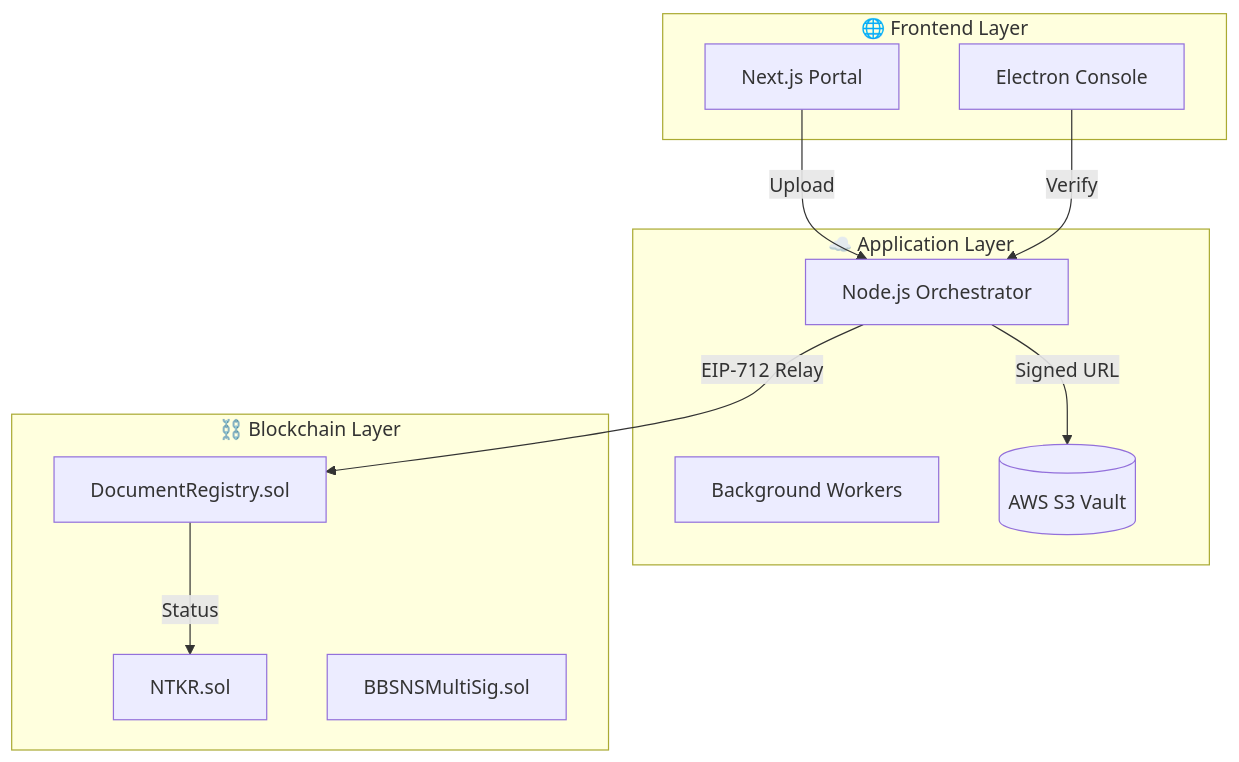
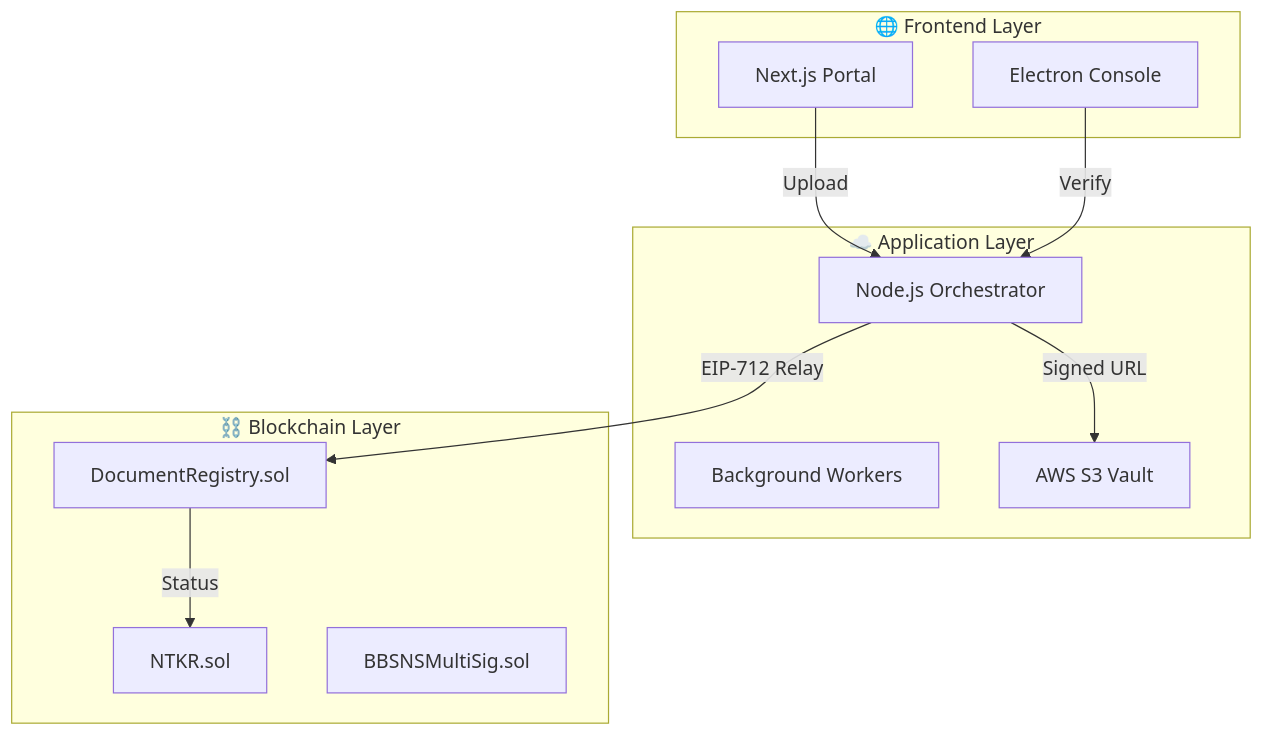
Before and after one commit to CoderShubhamMate/Block-Chain-Based-Secure-Notarization-System: the first of 4 diagrams in README.md, drawn with Mermaid. The commit also changed other lines of this file, not shown here.

Commit message:
docs: fix diagrams and add production placeholders/requirements to README

````diff
--- a/README.md
+++ b/README.md
@@ -10,22 +10,22 @@
 ```mermaid
 graph TD
     subgraph "🌐 Frontend Layer"
         Web[Next.js Portal]
         Desktop[Electron Console]
     end
     subgraph "☁️ Application Layer"
         API[Node.js Orchestrator]
         Workers[Background Workers]
-        S3[(AWS S3 Vault)]
+        S3[AWS S3 Vault]
     end
     subgraph "⛓️ Blockchain Layer"
         Registry[DocumentRegistry.sol]
         NTKR[NTKR.sol]
         MultiSig[BBSNSMultiSig.sol]
     end
     Web -->|Upload| API
     Desktop -->|Verify| API
     API -->|Signed URL| S3
     API -->|EIP-712 Relay| Registry
     Registry -->|Status| NTKR
 ```
````
